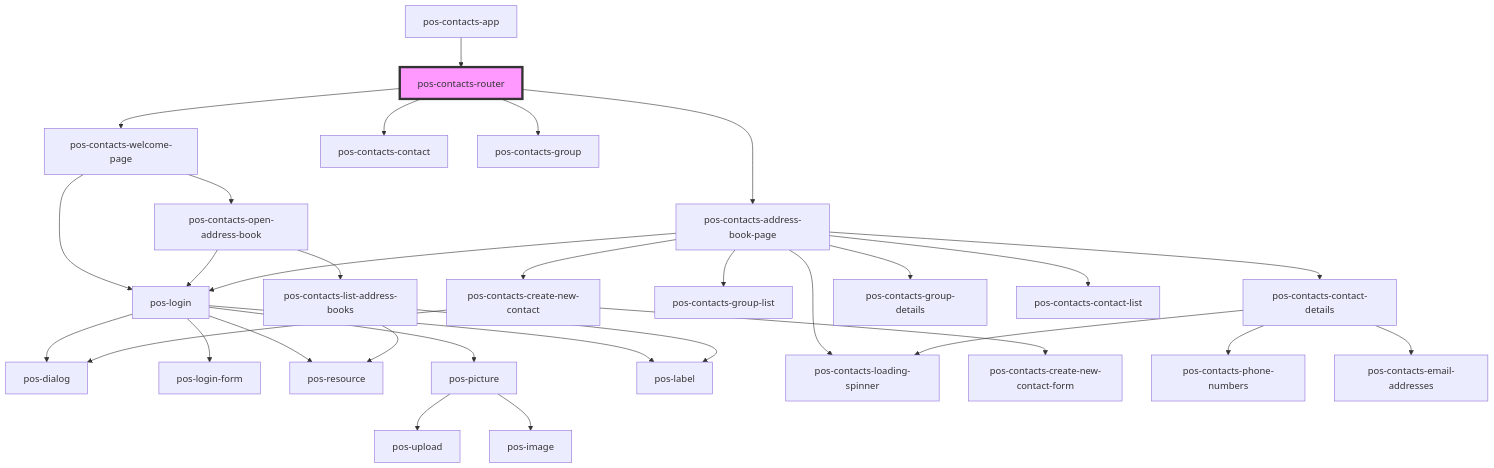
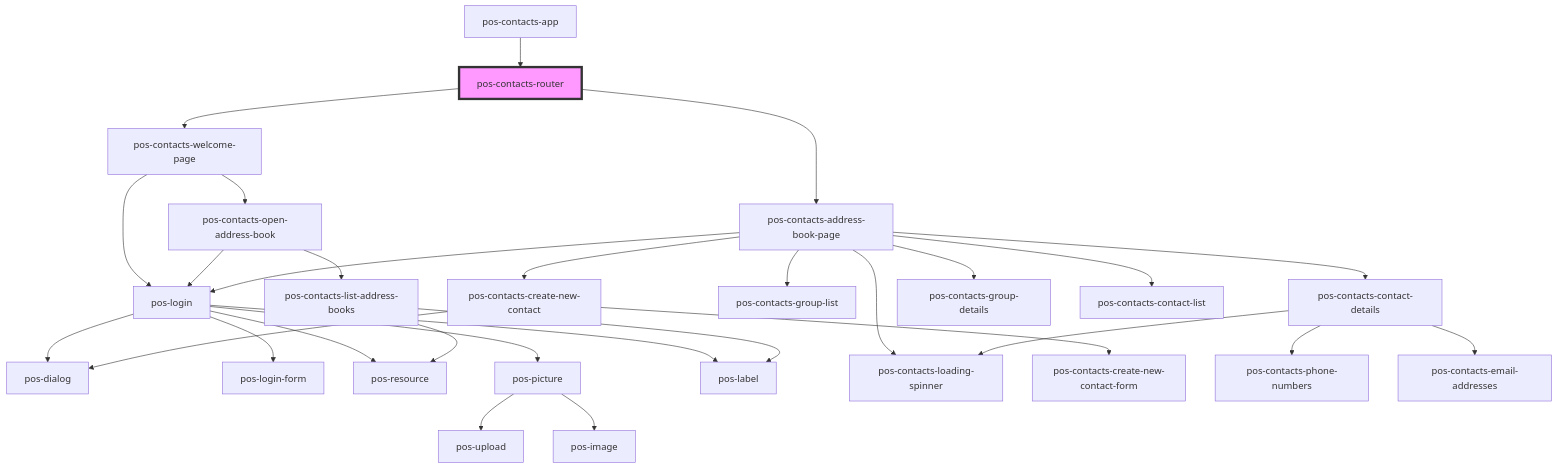
One commit to pod-os/PodOS changed the diagram in contacts/src/components/router/readme.md. Above: the diagram before and after it, drawn with Mermaid. The commit also changed other lines of this file and 4 other files, not shown here.

````diff
--- a/contacts/src/components/router/readme.md
+++ b/contacts/src/components/router/readme.md
@@ -22,34 +20,32 @@
 ```mermaid
 graph TD;
   pos-contacts-router --> pos-contacts-welcome-page
   pos-contacts-router --> pos-contacts-address-book-page
-  pos-contacts-router --> pos-contacts-contact
-  pos-contacts-router --> pos-contacts-group
   pos-contacts-welcome-page --> pos-login
   pos-contacts-welcome-page --> pos-contacts-open-address-book
   pos-login --> pos-dialog
   pos-login --> pos-login-form
   pos-login --> pos-resource
   pos-login --> pos-picture
   pos-login --> pos-label
   pos-picture --> pos-upload
   pos-picture --> pos-image
   pos-contacts-open-address-book --> pos-contacts-list-address-books
   pos-contacts-open-address-book --> pos-login
   pos-contacts-list-address-books --> pos-resource
   pos-contacts-list-address-books --> pos-label
   pos-contacts-address-book-page --> pos-login
   pos-contacts-address-book-page --> pos-contacts-loading-spinner
   pos-contacts-address-book-page --> pos-contacts-create-new-contact
   pos-contacts-address-book-page --> pos-contacts-group-list
   pos-contacts-address-book-page --> pos-contacts-contact-details
   pos-contacts-address-book-page --> pos-contacts-group-details
   pos-contacts-address-book-page --> pos-contacts-contact-list
   pos-contacts-create-new-contact --> pos-dialog
   pos-contacts-create-new-contact --> pos-contacts-create-new-contact-form
   pos-contacts-contact-details --> pos-contacts-loading-spinner
   pos-contacts-contact-details --> pos-contacts-phone-numbers
   pos-contacts-contact-details --> pos-contacts-email-addresses
   pos-contacts-app --> pos-contacts-router
   style pos-contacts-router fill:#f9f,stroke:#333,stroke-width:4px
 ```
````
